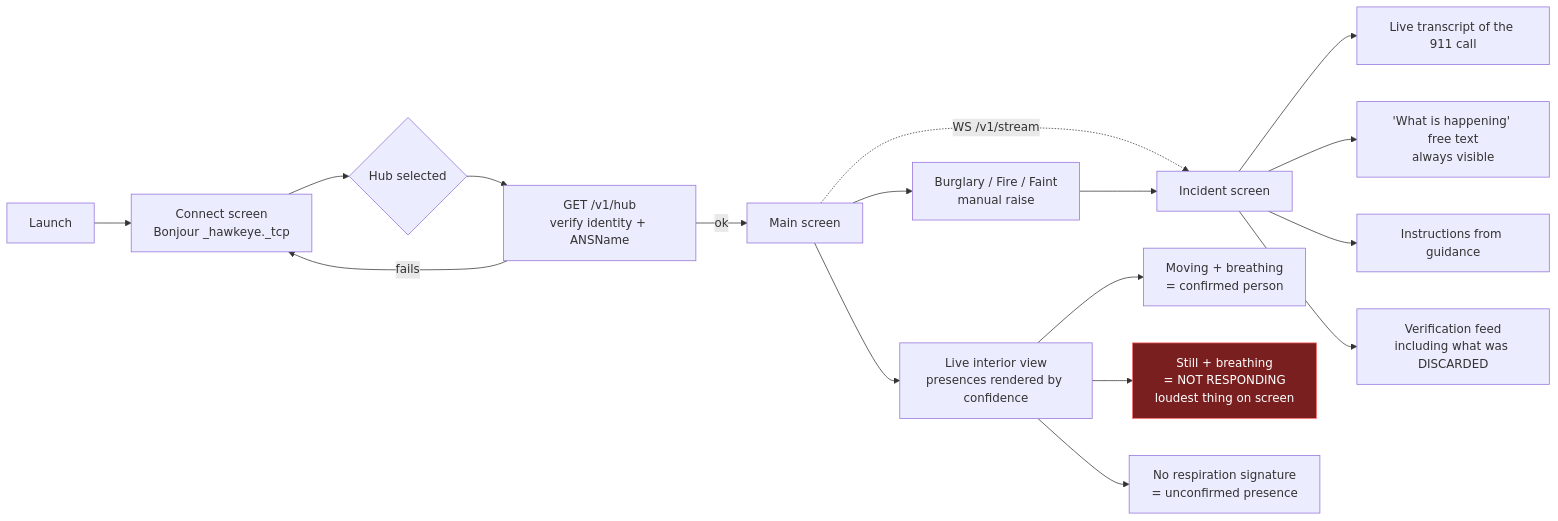
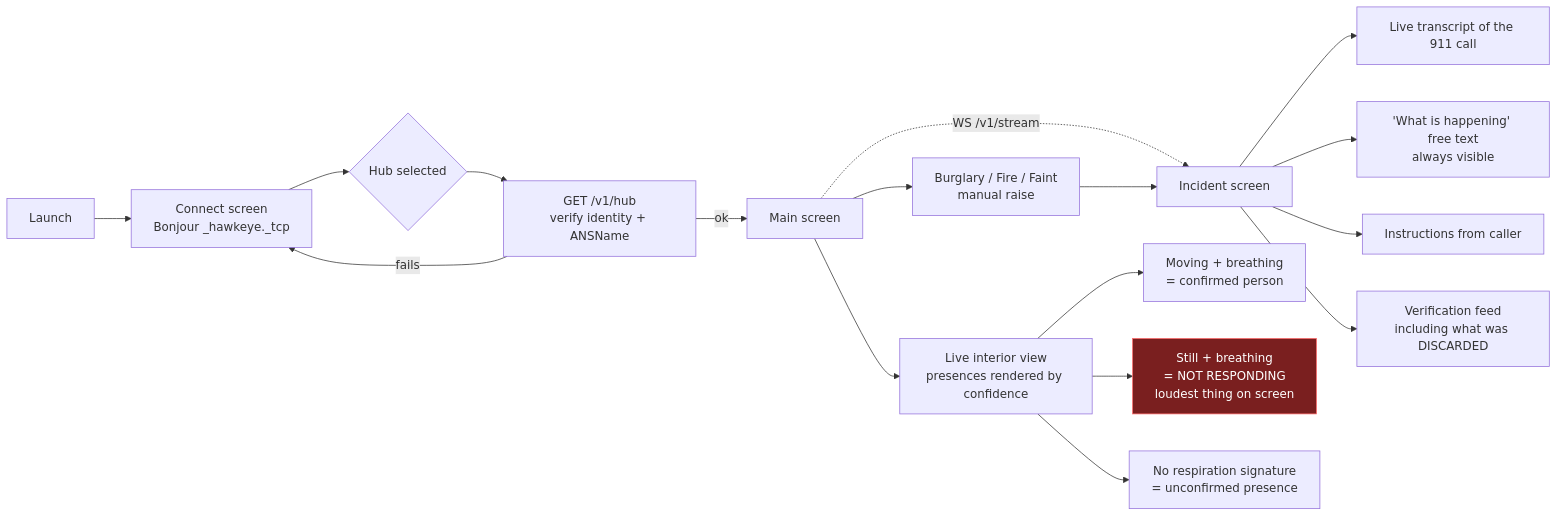
One commit to cayden-h/Radar changed the fourth of 5 diagrams in docs/architecture-diagrams.md. Above: the diagram before and after it, drawn with Mermaid. The commit also changed other lines of this file and 107 other files, not shown here.

````diff
--- a/docs/architecture-diagrams.md
+++ b/docs/architecture-diagrams.md
@@ -134,25 +124,25 @@
 ```mermaid
 flowchart LR
     A["Launch"] --> B["Connect screen<br/>Bonjour _hawkeye._tcp"]
     B --> C{"Hub selected"}
     C --> D["GET /v1/hub<br/>verify identity + ANSName"]
     D -->|fails| B
     D -->|ok| E["Main screen"]
 
     E --> F["Live interior view<br/>presences rendered by confidence"]
     E --> G["Burglary / Fire / Faint<br/>manual raise"]
     E -.->|"WS /v1/stream"| H["Incident screen"]
     G --> H
 
     F --> F1["Moving + breathing<br/>= confirmed person"]
     F --> F2["Still + breathing<br/>= NOT RESPONDING<br/>loudest thing on screen"]
     F --> F3["No respiration signature<br/>= unconfirmed presence"]
 
     H --> I["Live transcript of the 911 call"]
     H --> J["'What is happening' free text<br/>always visible"]
-    H --> K["Instructions from guidance"]
+    H --> K["Instructions from caller"]
     H --> L["Verification feed<br/>including what was DISCARDED"]
 
     classDef alarm fill:#7a1f1f,stroke:#ff6b6b,color:#fff
     class F2 alarm
 ```
````
